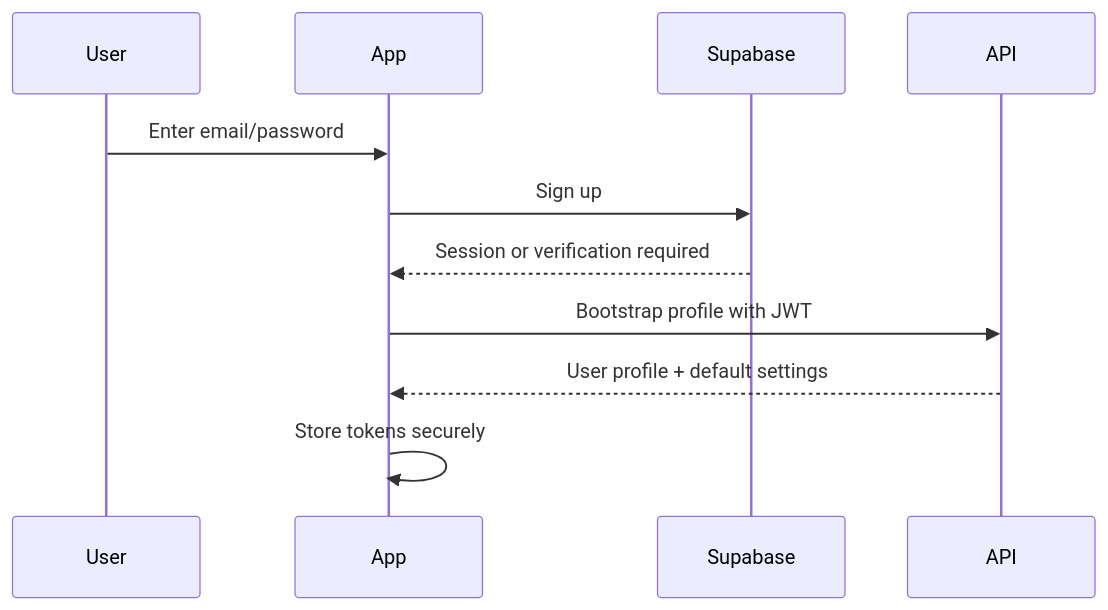
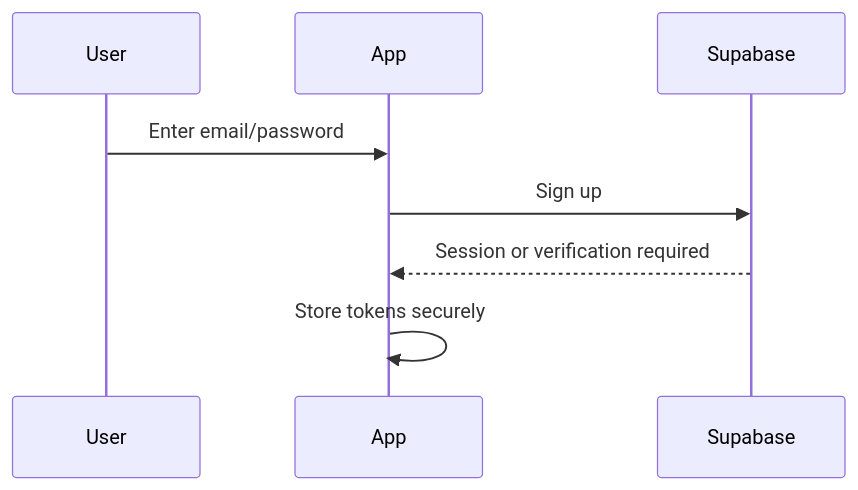
Before and after one commit to DeadShotKira/Tally: the diagram in AUTHENTICATION.md, drawn with Mermaid. The commit also changed other lines of this file and 7 other files, not shown here.

````diff
--- a/AUTHENTICATION.md
+++ b/AUTHENTICATION.md
@@ -5,13 +5,10 @@
 ```mermaid
 sequenceDiagram
   participant User
   participant App
   participant Supabase
-  participant API
   User->>App: Enter email/password
   App->>Supabase: Sign up
   Supabase-->>App: Session or verification required
-  App->>API: Bootstrap profile with JWT
-  API-->>App: User profile + default settings
   App->>App: Store tokens securely
 ```
````
